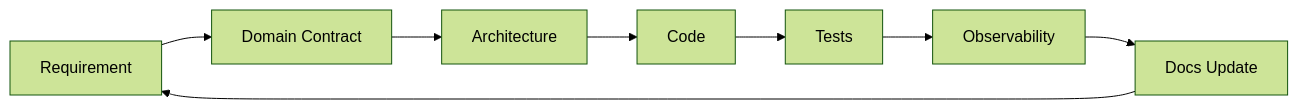
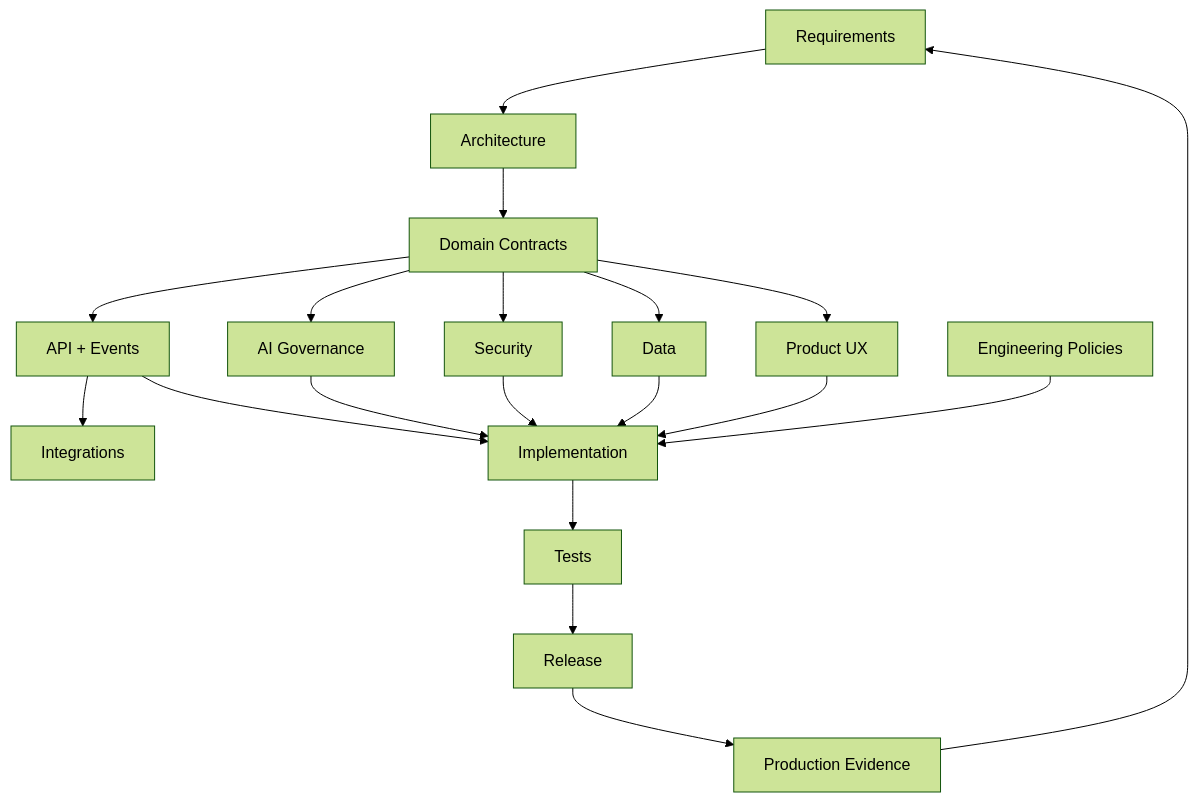
The first of 2 diagrams in docs/README.md (D-engahmed/OMILINKS), drawn with Mermaid (forest theme) before and after one commit. The commit also changed other lines of this file, not shown here.

Commit message:
docs: strengthen documentation governance and engineering map

````diff
--- a/docs/README.md
+++ b/docs/README.md
@@ -22,10 +72,21 @@
-```mermaid
-flowchart LR
-REQ[Requirement] --> DOMAIN[Domain Contract]
-DOMAIN --> ARCH[Architecture]
-ARCH --> CODE[Code]
-CODE --> TEST[Tests]
-TEST --> OBS[Observability]
-OBS --> DOC[Docs Update]
-DOC --> REQ
-```
+~~~mermaid
+flowchart TB
+REQ[Requirements] --> ARCH[Architecture]
+ARCH --> DOMAIN[Domain Contracts]
+DOMAIN --> API[API + Events]
+API --> INT[Integrations]
+DOMAIN --> AI[AI Governance]
+DOMAIN --> SEC[Security]
+DOMAIN --> DATA[Data]
+DOMAIN --> UX[Product UX]
+ALL[Engineering Policies] --> BUILD[Implementation]
+API --> BUILD
+AI --> BUILD
+SEC --> BUILD
+DATA --> BUILD
+UX --> BUILD
+BUILD --> TEST[Tests]
+TEST --> RELEASE[Release]
+RELEASE --> OBS[Production Evidence]
+OBS --> REQ
+~~~
````
